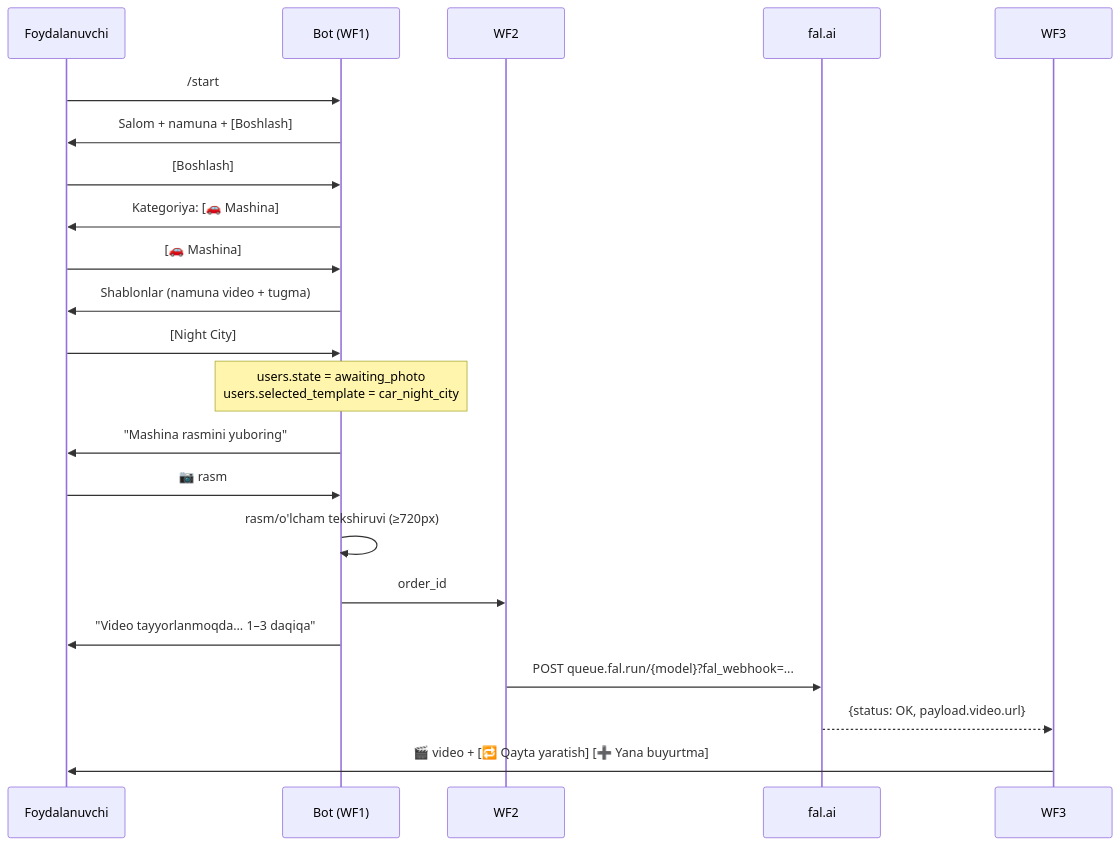
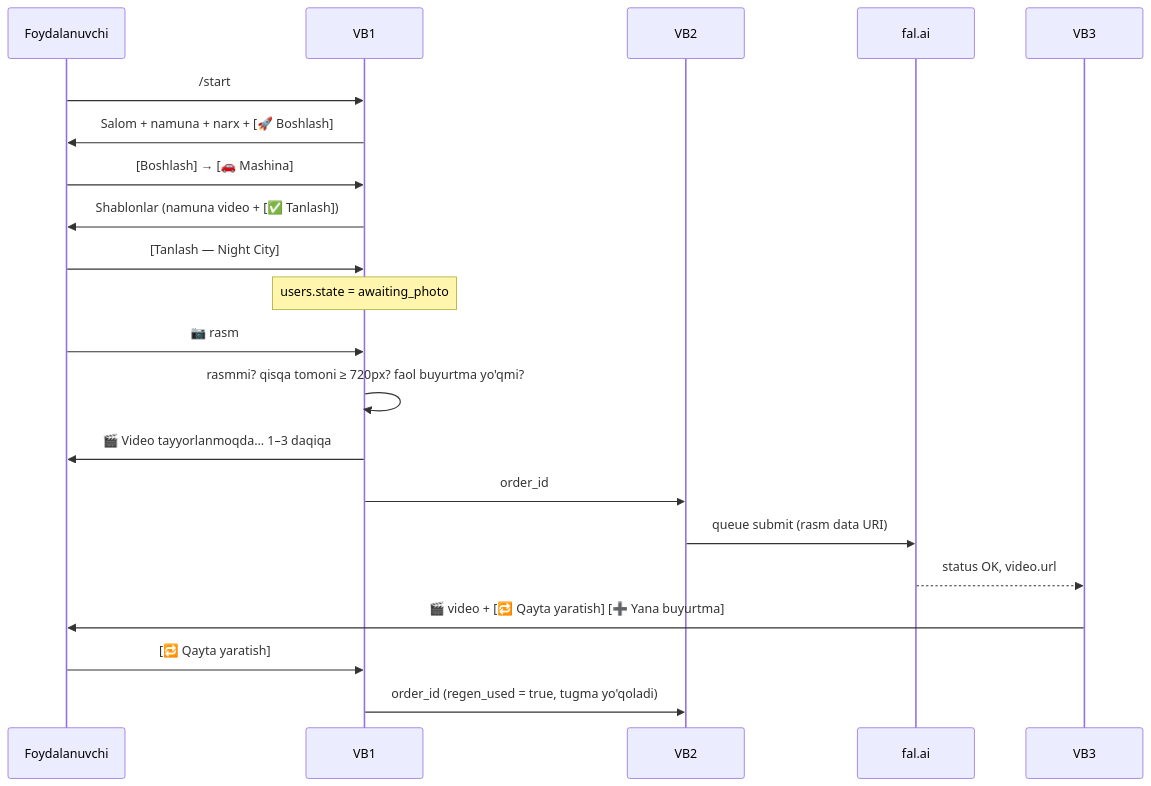
The second of 2 diagrams in docs/01-mvp-workflow.md (yil-2002/n8n-action), drawn with Mermaid before and after one commit. The commit also changed other lines of this file and 20 other files, not shown here.

First line of the commit message:
Stage 1 MVP: n8n workflows, Supabase schema, bot texts, quick-tunnel deploy

````diff
--- a/docs/01-mvp-workflow.md
+++ b/docs/01-mvp-workflow.md
@@ -32,24 +44,23 @@
 ```mermaid
 sequenceDiagram
     participant U as Foydalanuvchi
-    participant B as Bot (WF1)
-    participant G as WF2
+    participant B as VB1
+    participant P as VB2
     participant F as fal.ai
-    participant C as WF3
+    participant R as VB3
     U->>B: /start
-    B->>U: Salom + namuna + [Boshlash]
-    U->>B: [Boshlash]
-    B->>U: Kategoriya: [🚗 Mashina]
-    U->>B: [🚗 Mashina]
-    B->>U: Shablonlar (namuna video + tugma)
-    U->>B: [Night City]
-    Note over B: users.state = awaiting_photo<br/>users.selected_template = car_night_city
-    B->>U: "Mashina rasmini yuboring"
+    B->>U: Salom + namuna + narx + [🚀 Boshlash]
+    U->>B: [Boshlash] → [🚗 Mashina]
+    B->>U: Shablonlar (namuna video + [✅ Tanlash])
+    U->>B: [Tanlash — Night City]
+    Note over B: users.state = awaiting_photo
     U->>B: 📷 rasm
-    B->>B: rasm/o'lcham tekshiruvi (≥720px)
-    B->>G: order_id
-    B->>U: "Video tayyorlanmoqda… 1–3 daqiqa"
-    G->>F: POST queue.fal.run/{model}?fal_webhook=...
-    F-->>C: {status: OK, payload.video.url}
-    C->>U: 🎬 video + [🔁 Qayta yaratish] [➕ Yana buyurtma]
+    B->>B: rasmmi? qisqa tomoni ≥ 720px? faol buyurtma yo'qmi?
+    B->>U: 🎬 Video tayyorlanmoqda… 1–3 daqiqa
+    B->>P: order_id
+    P->>F: queue submit (rasm data URI)
+    F-->>R: status OK, video.url
+    R->>U: 🎬 video + [🔁 Qayta yaratish] [➕ Yana buyurtma]
+    U->>B: [🔁 Qayta yaratish]
+    B->>P: order_id (regen_used = true, tugma yo'qoladi)
 ```
````
